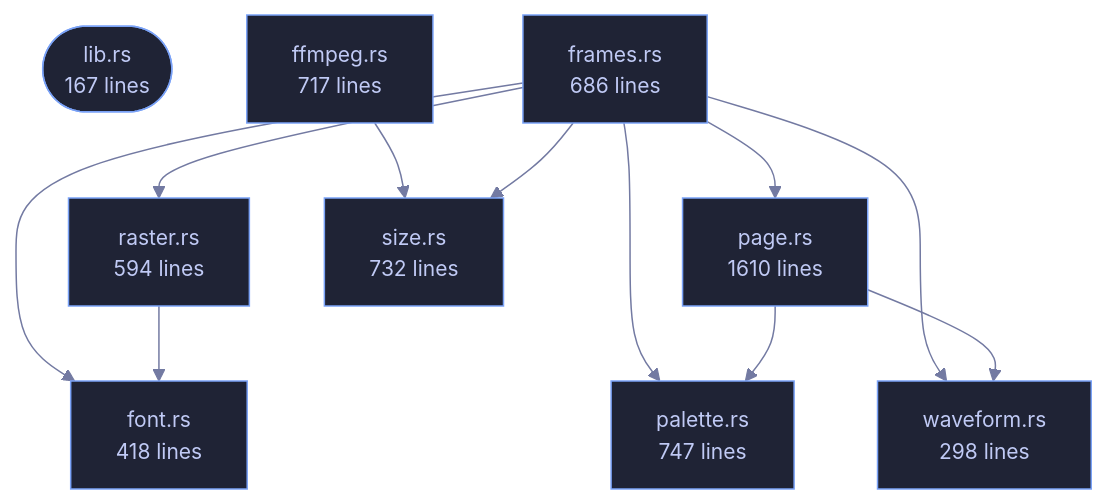
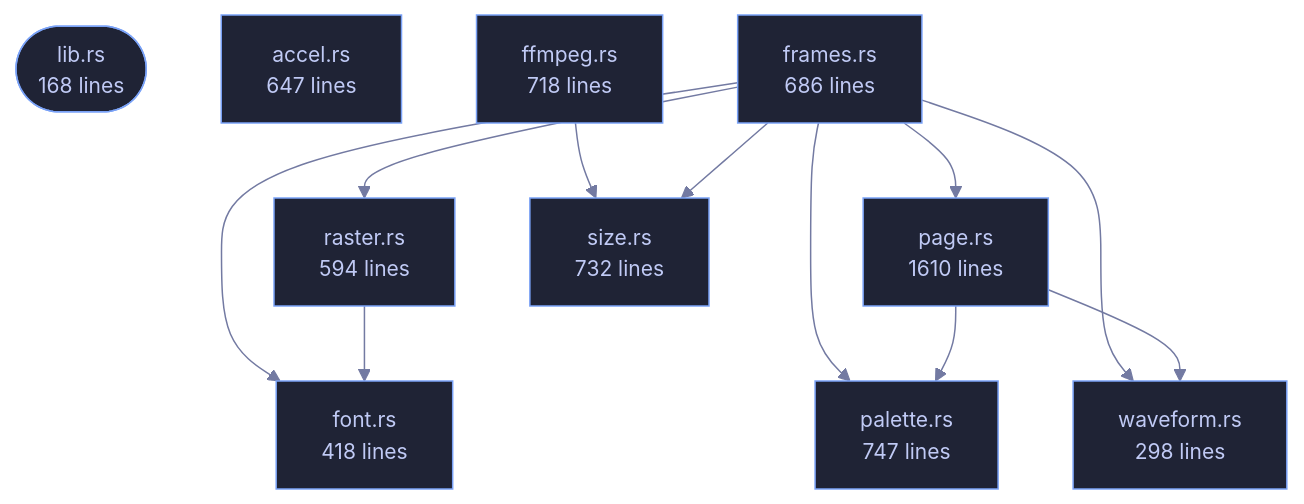
One commit to tilas01/veilvoice changed the diagram in crates/veilvoice-video/README.md. Above: the diagram before and after it, drawn with Mermaid. The commit also changed other lines of this file and 550 other files, not shown here.

````diff
--- a/crates/veilvoice-video/README.md
+++ b/crates/veilvoice-video/README.md
@@ -90,32 +90,34 @@
 ```mermaid
 %%{init: {"theme":"base","themeVariables":{"background":"#1a1b26","primaryColor":"#1f2335","primaryTextColor":"#c0caf5","primaryBorderColor":"#7aa2f7","secondaryColor":"#16161e","tertiaryColor":"#16161e","lineColor":"#737aa2","textColor":"#c0caf5","mainBkg":"#1f2335","nodeBorder":"#7aa2f7","clusterBkg":"#16161e","clusterBorder":"#2f3549","fontFamily":"ui-monospace, SFMono-Regular, Consolas, monospace","fontSize":"14px"}}}%%
 flowchart TD
-    n_lib(["lib.rs<br/>167 lines"])
-    n_ffmpeg["ffmpeg.rs<br/>717 lines"]
+    n_lib(["lib.rs<br/>168 lines"])
+    n_accel["accel.rs<br/>647 lines"]
+    n_ffmpeg["ffmpeg.rs<br/>718 lines"]
     n_font["font.rs<br/>418 lines"]
     n_frames["frames.rs<br/>686 lines"]
     n_page["page.rs<br/>1610 lines"]
     n_palette["palette.rs<br/>747 lines"]
     n_raster["raster.rs<br/>594 lines"]
     n_size["size.rs<br/>732 lines"]
     n_waveform["waveform.rs<br/>298 lines"]
     n_ffmpeg --> n_size
     n_frames --> n_font
     n_frames --> n_page
     n_frames --> n_palette
     n_frames --> n_raster
     n_frames --> n_size
     n_frames --> n_waveform
     n_page --> n_palette
     n_page --> n_waveform
     n_raster --> n_font
     click n_lib href "https://github.com/tilas01/veilvoice/blob/main/crates/veilvoice-video/src/lib.rs" "open the source"
+    click n_accel href "https://github.com/tilas01/veilvoice/blob/main/crates/veilvoice-video/src/accel.rs" "open the source"
     click n_ffmpeg href "https://github.com/tilas01/veilvoice/blob/main/crates/veilvoice-video/src/ffmpeg.rs" "open the source"
     click n_font href "https://github.com/tilas01/veilvoice/blob/main/crates/veilvoice-video/src/font.rs" "open the source"
     click n_frames href "https://github.com/tilas01/veilvoice/blob/main/crates/veilvoice-video/src/frames.rs" "open the source"
     click n_page href "https://github.com/tilas01/veilvoice/blob/main/crates/veilvoice-video/src/page.rs" "open the source"
     click n_palette href "https://github.com/tilas01/veilvoice/blob/main/crates/veilvoice-video/src/palette.rs" "open the source"
     click n_raster href "https://github.com/tilas01/veilvoice/blob/main/crates/veilvoice-video/src/raster.rs" "open the source"
     click n_size href "https://github.com/tilas01/veilvoice/blob/main/crates/veilvoice-video/src/size.rs" "open the source"
     click n_waveform href "https://github.com/tilas01/veilvoice/blob/main/crates/veilvoice-video/src/waveform.rs" "open the source"
 ```
````
